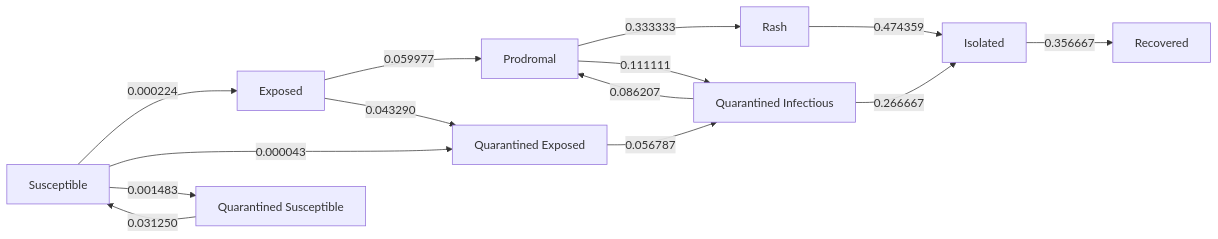
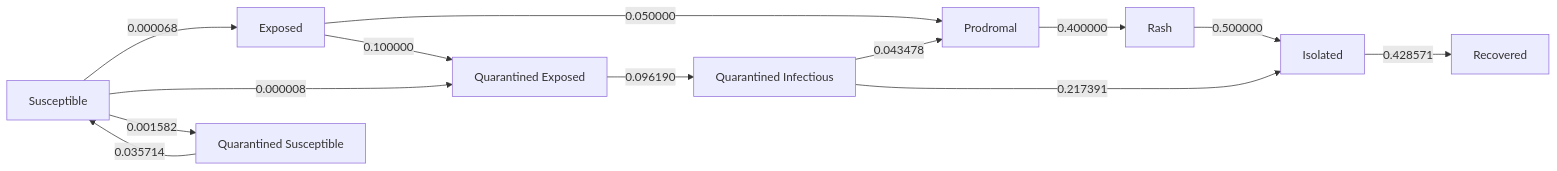
The diagram in school_quarantine/davis_95.md (EpiForeSITE/epiworld-measles), drawn with Mermaid before and after one commit. The commit also changed other lines of this file and 18 other files, not shown here.

````diff
--- a/school_quarantine/davis_95.md
+++ b/school_quarantine/davis_95.md
@@ -145,26 +137,25 @@
 ``` mermaid
 flowchart LR
     s0[Susceptible]
     s1[Exposed]
     s2[Prodromal]
     s3[Rash]
     s4[Isolated]
     s5[Quarantined Exposed]
     s6[Quarantined Susceptible]
     s7[Quarantined Infectious]
     s8[Recovered]
-    s0 -->|0.000224| s1
-    s0 -->|0.000043| s5
-    s0 -->|0.001483| s6
-    s1 -->|0.059977| s2
-    s1 -->|0.043290| s5
-    s2 -->|0.333333| s3
-    s2 -->|0.111111| s7
-    s3 -->|0.474359| s4
-    s4 -->|0.356667| s8
-    s5 -->|0.056787| s7
-    s6 -->|0.031250| s0
-    s7 -->|0.086207| s2
-    s7 -->|0.266667| s4
+    s0 -->|0.000068| s1
+    s0 -->|0.000008| s5
+    s0 -->|0.001582| s6
+    s1 -->|0.050000| s2
+    s1 -->|0.100000| s5
+    s2 -->|0.400000| s3
+    s3 -->|0.500000| s4
+    s4 -->|0.428571| s8
+    s5 -->|0.096190| s7
+    s6 -->|0.035714| s0
+    s7 -->|0.043478| s2
+    s7 -->|0.217391| s4
 
 ```
````
